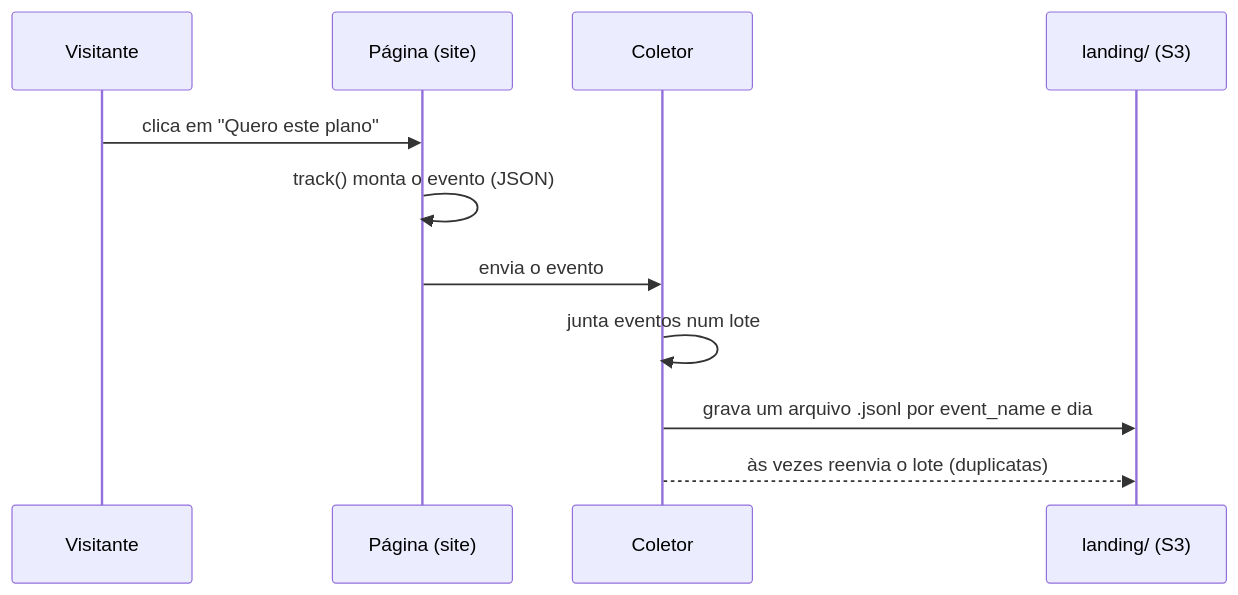
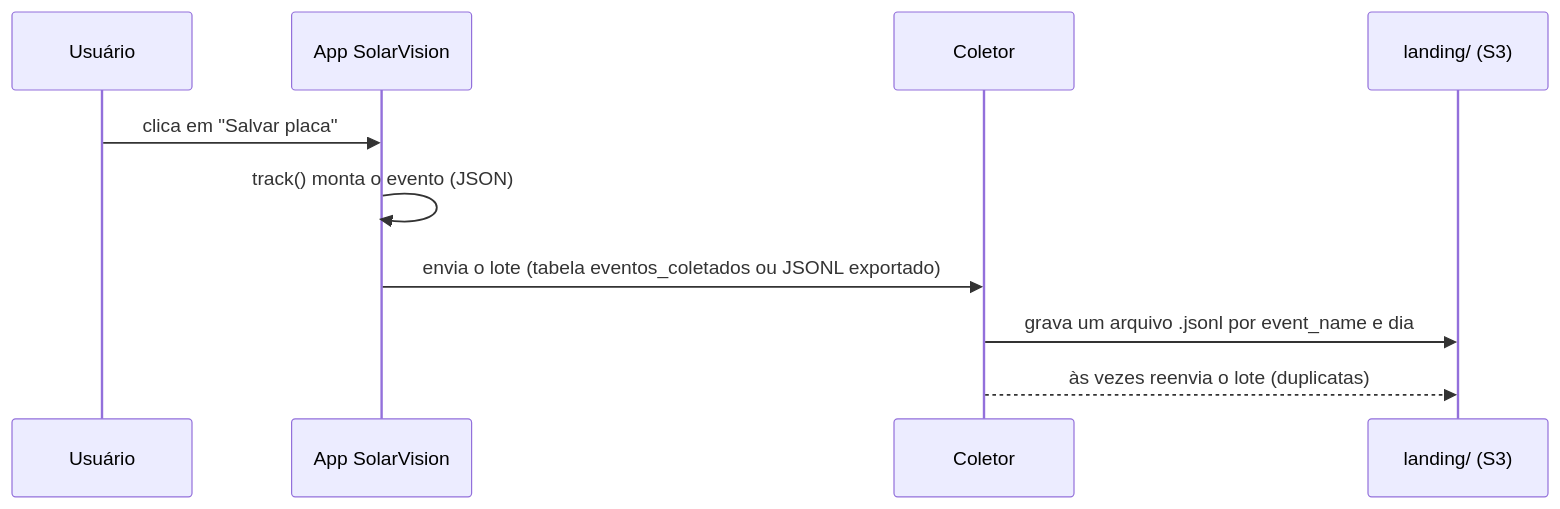
Before and after one commit to danieltanjos/SolarVision: the diagram in datalake/docs/CONTRATO_EVENTO.md, drawn with Mermaid. The commit also changed other lines of this file and 2 other files, not shown here.

First line of the commit message:
docs(datalake): enunciado e contrato de eventos do SolarVision

````diff
--- a/datalake/docs/CONTRATO_EVENTO.md
+++ b/datalake/docs/CONTRATO_EVENTO.md
@@ -17,13 +9,12 @@
 ```mermaid
 sequenceDiagram
-    participant V as Visitante
-    participant P as Página (site)
+    participant U as Usuário
+    participant A as App SolarVision
     participant C as Coletor
     participant L as landing/ (S3)
-    V->>P: clica em "Quero este plano"
-    P->>P: track() monta o evento (JSON)
-    P->>C: envia o evento
-    C->>C: junta eventos num lote
+    U->>A: clica em "Salvar placa"
+    A->>A: track() monta o evento (JSON)
+    A->>C: envia o lote (tabela eventos_coletados ou JSONL exportado)
     C->>L: grava um arquivo .jsonl por event_name e dia
     C-->>L: às vezes reenvia o lote (duplicatas)
 ```
````
